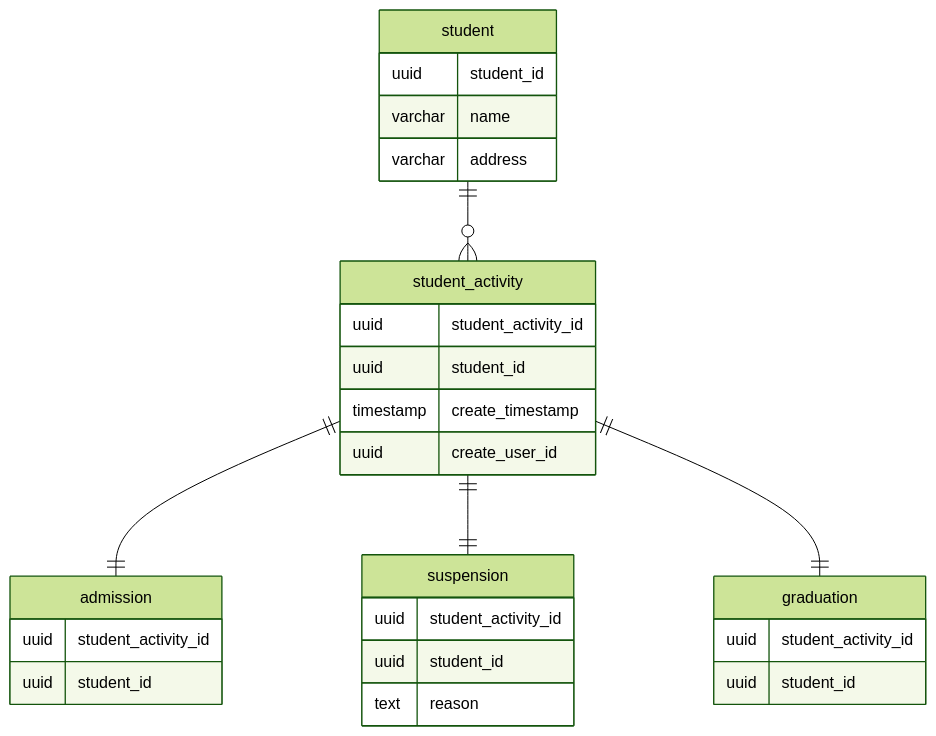
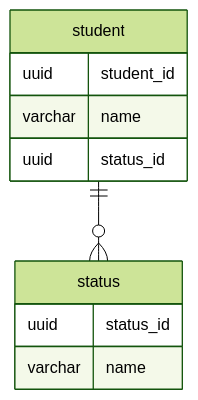
Before and after one commit to nyuusen/praha-challenge: the diagram in sql-anti-pattern/6/README.md, drawn with Mermaid (forest theme). The commit also changed other lines of this file, not shown here.

````diff
--- a/sql-anti-pattern/6/README.md
+++ b/sql-anti-pattern/6/README.md
@@ -15,38 +13,17 @@
 ```mermaid
 erDiagram
 
-student ||--o{ student_activity: ""
-student_activity ||--|| admission: ""
-student_activity ||--|| suspension: ""
-student_activity ||--|| graduation: ""
+student ||--o{ status: ""
 
 student {
   uuid student_id
   varchar name
-  varchar address
+  uuid status_id
 }
 
-student_activity {
-  uuid student_activity_id
-  uuid student_id
-  timestamp create_timestamp
-  uuid create_user_id
-}
-
-admission {
-  uuid student_activity_id
-  uuid student_id
-}
-
-suspension {
-  uuid student_activity_id
-  uuid student_id
-  text reason
-}
-
-graduation {
-  uuid student_activity_id
-  uuid student_id
+status {
+  uuid status_id
+  varchar name
 }
 
 ```
````
